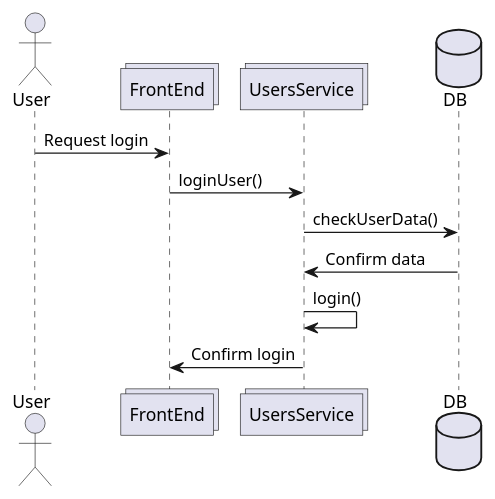
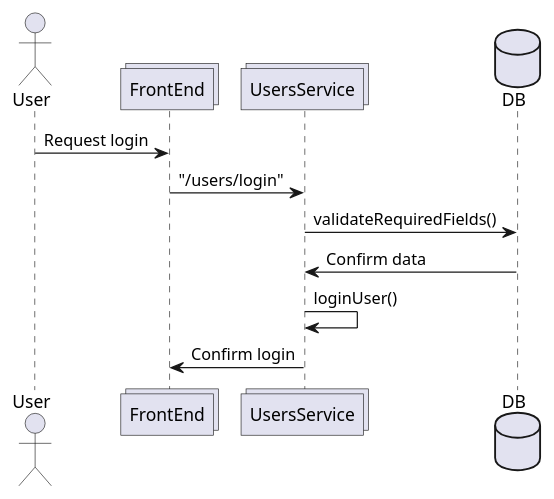
Before and after one commit to UO289930/wiq_en3a: the first of 3 diagrams in docs/src/06_runtime_view.adoc, drawn with PlantUML. The commit also changed other lines of this file, not shown here.

```diff
--- a/docs/src/06_runtime_view.adoc
+++ b/docs/src/06_runtime_view.adoc
@@ -11,14 +11,14 @@
 [plantuml,"Login diagram",png]
 ----
 actor User
 collections FrontEnd
 collections UsersService
 database DB
 
 User -> FrontEnd: Request login
-FrontEnd -> UsersService: loginUser()
-UsersService  -> DB: checkUserData()
+FrontEnd -> UsersService: "/users/login"
+UsersService  -> DB: validateRequiredFields()
 DB -> UsersService: Confirm data
-UsersService -> UsersService: login()
+UsersService -> UsersService: loginUser()
 UsersService -> FrontEnd: Confirm login
 ----
```
